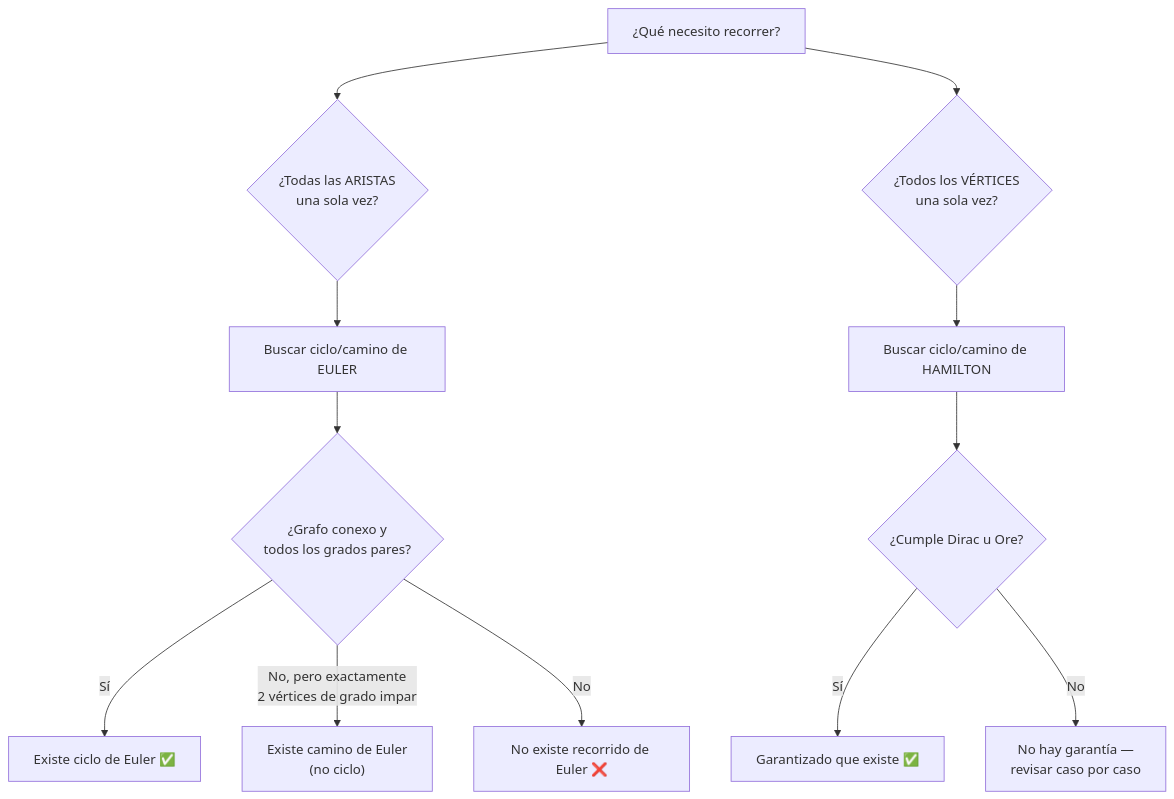
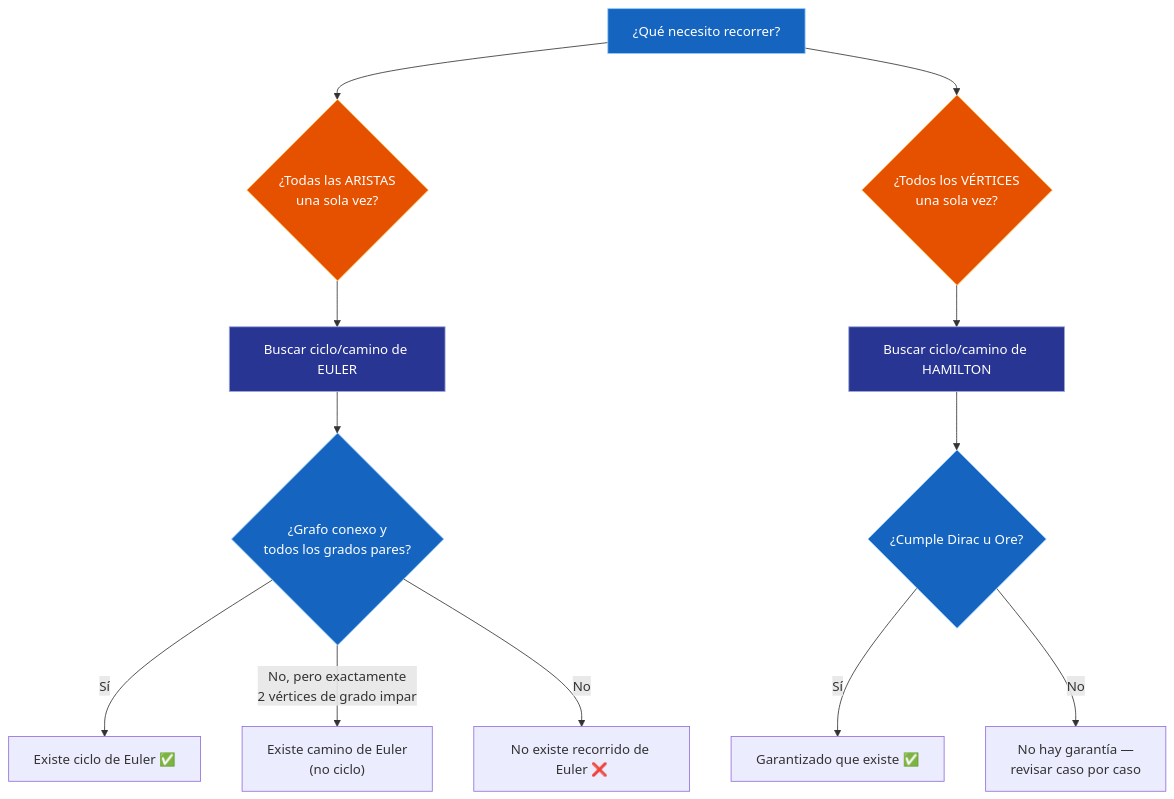
The first of 2 diagrams in src/site/notes/Universidad/3er Semestre/Matemáticas Discretas/Unidad 5 - Grafos y Árboles/01 - Grafos I - Conceptos Básicos y Recorridos.md (Fsteven22/Notas-ESPOL), drawn with Mermaid before and after one commit. The commit also changed other lines of this file and 79 other files, not shown here.

````diff
--- a/src/site/notes/Universidad/3er Semestre/Matemáticas Discretas/Unidad 5 - Grafos y Árboles/01 - Grafos I - Conceptos Básicos y Recorridos.md
+++ b/src/site/notes/Universidad/3er Semestre/Matemáticas Discretas/Unidad 5 - Grafos y Árboles/01 - Grafos I - Conceptos Básicos y Recorridos.md
@@ -333,14 +362,21 @@
 ```mermaid
 graph TD
     A["¿Qué necesito recorrer?"] --> B{"¿Todas las ARISTAS<br/>una sola vez?"}
     A --> C{"¿Todos los VÉRTICES<br/>una sola vez?"}
     B --> D["Buscar ciclo/camino de EULER"]
     D --> E{"¿Grafo conexo y<br/>todos los grados pares?"}
     E -->|Sí| F["Existe ciclo de Euler ✅"]
     E -->|No, pero exactamente<br/>2 vértices de grado impar| G["Existe camino de Euler<br/>(no ciclo)"]
     E -->|No| H["No existe recorrido de Euler ❌"]
     C --> I["Buscar ciclo/camino de HAMILTON"]
     I --> J{"¿Cumple Dirac u Ore?"}
     J -->|Sí| K["Garantizado que existe ✅"]
     J -->|No| L["No hay garantía —<br/>revisar caso por caso"]
+    style A fill:#1565C0,color:#FFFFFF,stroke:#90CAF9,stroke-width:1px
+    style B fill:#E65100,color:#FFFFFF,stroke:#FFB74D,stroke-width:1px
+    style C fill:#E65100,color:#FFFFFF,stroke:#FFB74D,stroke-width:1px
+    style D fill:#283593,color:#FFFFFF,stroke:#9FA8DA,stroke-width:1px
+    style E fill:#1565C0,color:#FFFFFF,stroke:#90CAF9,stroke-width:1px
+    style I fill:#283593,color:#FFFFFF,stroke:#9FA8DA,stroke-width:1px
+    style J fill:#1565C0,color:#FFFFFF,stroke:#90CAF9,stroke-width:1px
 ```
````
